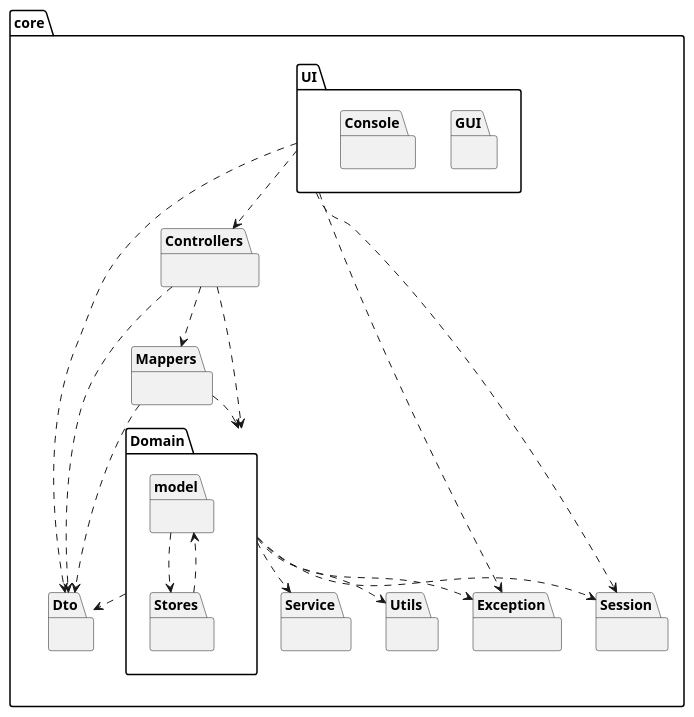
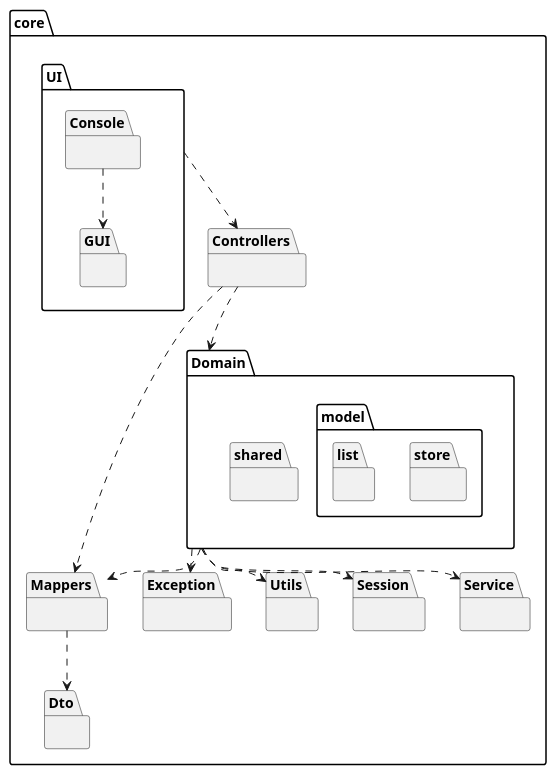
One commit to miseEnPlace-i/lapr2 changed the diagram in docs/PackageDiagram.puml. Above: the diagram before and after it, drawn with PlantUML.

Commit message:
docs: fix package diagram

```diff
--- a/docs/PackageDiagram.puml
+++ b/docs/PackageDiagram.puml
@@ -1,41 +1,38 @@
 @startuml PackageDiagram
 package core {
     package Controllers {}
     package UI {
         package GUI {}
         package Console {}
     }
     package Domain {
-        package model {}
-        package Stores {}
+        package model {
+            package store {}
+            package list {}
+        }
+        package shared {}
     }
     package Dto {}
     package Mappers {}
     package Exception {}
     package Utils {}
     package Session {}
     package Service {}
 }
 
-Stores ..> model
-model ..> Stores
+Console ..> GUI
 
 Controllers ..> Mappers
 Controllers ..> Domain
-Controllers ..> Dto
 
 UI ..> Controllers
 
-Domain ..> Dto
+Domain ..> Mappers
 Domain ..> Utils
 Domain ..> Exception
 Domain ..> Service
 Domain ..> Session
 
-Mappers ..> Domain
 Mappers ..> Dto
 
-UI ..> Dto
-UI ..> Session
-UI ..> Exception
 @enduml
```
